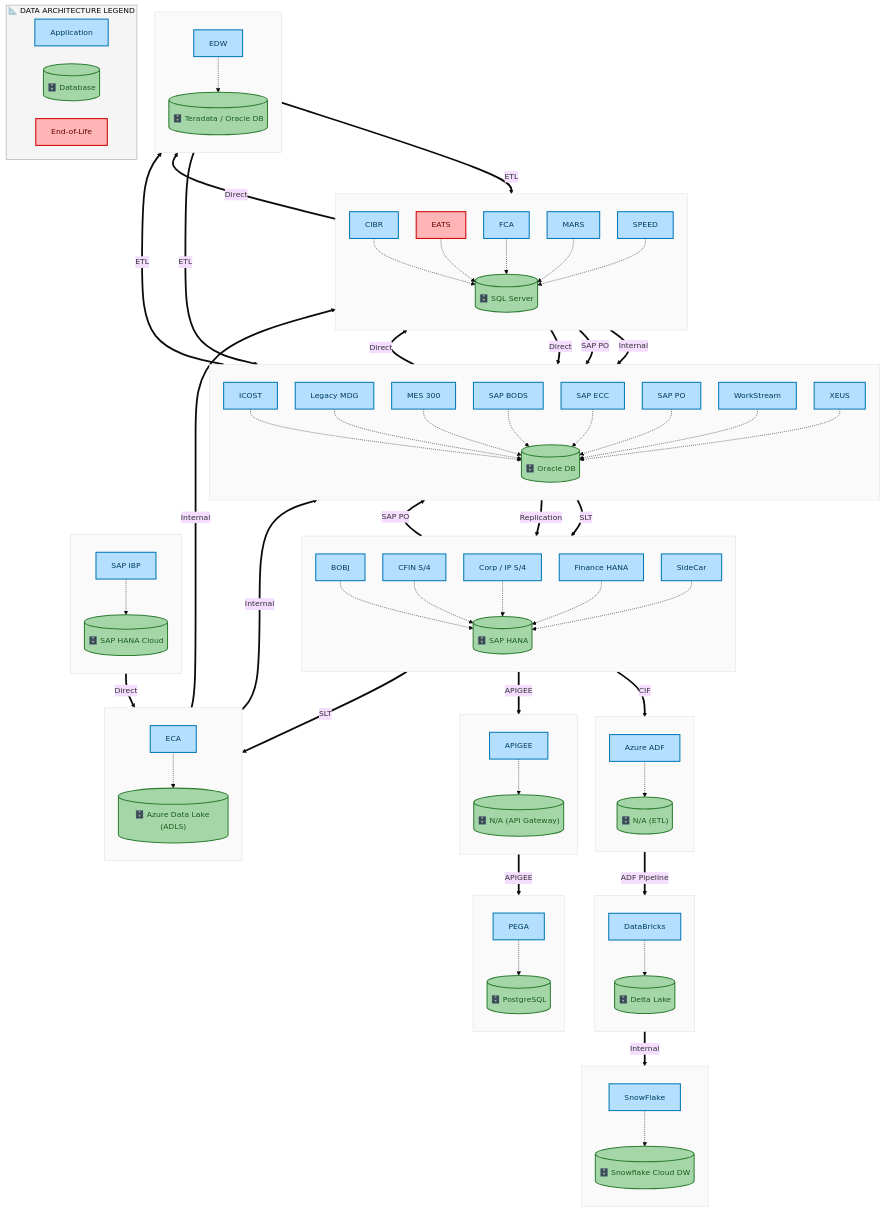
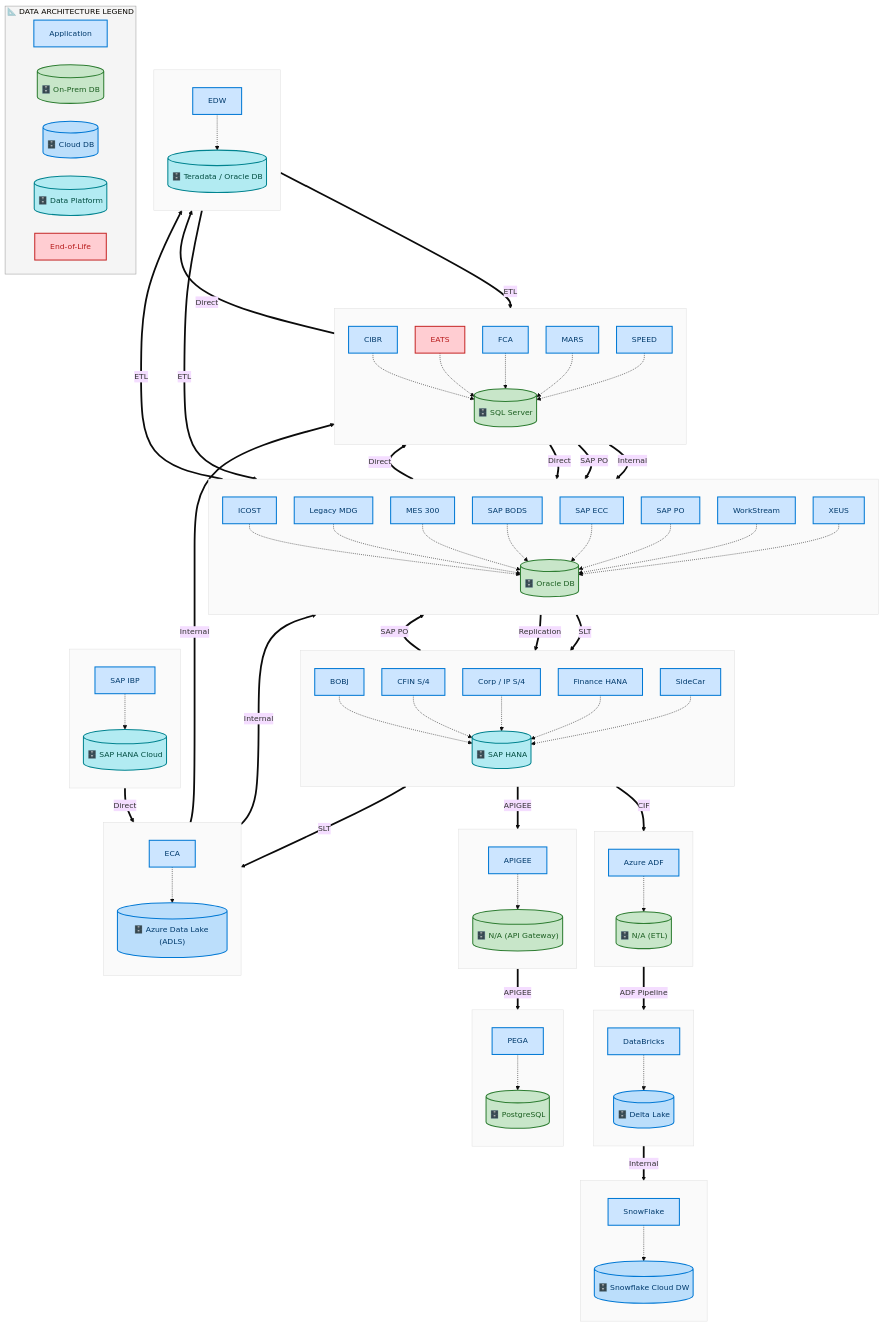
Before and after one commit to sajivfrancis777/IAO-Architecture: diagram 16 of 21 in towers/FPR/DS Provide Decision Support/DS-020/output/docs/systems-architecture/DS-020-Architecture.md, drawn with Mermaid. The commit also changed other lines of this file and 12 other files, not shown here.

````diff
--- a/towers/FPR/DS Provide Decision Support/DS-020/output/docs/systems-architecture/DS-020-Architecture.md
+++ b/towers/FPR/DS Provide Decision Support/DS-020/output/docs/systems-architecture/DS-020-Architecture.md
@@ -1532,14 +1532,16 @@
 ```mermaid
 %%{init: {"theme": "base", "securityLevel": "loose", "themeVariables": {"fontSize": "15px", "fontFamily": "Segoe UI, Arial"}, "flowchart": {"useMaxWidth": false, "htmlLabels": true, "nodeSpacing": 35, "rankSpacing": 45}} }%%
 flowchart TB
-    classDef appBox fill:#B5DFFF,stroke:#0077B6,stroke-width:2px,color:#003D5B
-    classDef dbCyl fill:#A5D6A7,stroke:#2E7D32,stroke-width:2px,color:#1B5E20
-    classDef eolBox fill:#FFB5B5,stroke:#CC0000,stroke-width:2px,color:#660000
+    classDef appBox fill:#CCE5FF,stroke:#0078D4,stroke-width:2px,color:#003A6C
+    classDef dbCyl fill:#C8E6C9,stroke:#2E7D32,stroke-width:2px,color:#1B5E20
+    classDef dbCloud fill:#BBDEFB,stroke:#0078D4,stroke-width:2px,color:#003A6C
+    classDef dbData fill:#B2EBF2,stroke:#00838F,stroke-width:2px,color:#004D40
+    classDef eolBox fill:#FFCDD2,stroke:#C62828,stroke-width:2px,color:#B71C1C
 
     subgraph DS020CDACL_Azure_Data_Lake_ADLS[" "]
         direction TB
         DS020CDAA_ECA["ECA"]:::appBox
-        DS020CDAD_Azure_Data_Lake_ADLS[("🗄️ Azure Data Lake (ADLS)")]:::dbCyl
+        DS020CDAD_Azure_Data_Lake_ADLS[("🗄️ Azure Data Lake (ADLS)")]:::dbCloud
         DS020CDAA_ECA -.-> DS020CDAD_Azure_Data_Lake_ADLS
     end
     style DS020CDACL_Azure_Data_Lake_ADLS fill:#FAFAFA,stroke:#E0E0E0,stroke-width:1px
@@ -1547,7 +1549,7 @@
     subgraph DS020CDACL_Delta_Lake[" "]
         direction TB
         DS020CDAA_DataBricks["DataBricks"]:::appBox
-        DS020CDAD_Delta_Lake[("🗄️ Delta Lake")]:::dbCyl
+        DS020CDAD_Delta_Lake[("🗄️ Delta Lake")]:::dbCloud
         DS020CDAA_DataBricks -.-> DS020CDAD_Delta_Lake
     end
     style DS020CDACL_Delta_Lake fill:#FAFAFA,stroke:#E0E0E0,stroke-width:1px
@@ -1605,7 +1607,7 @@
         DS020CDAA_Corp_IP_S_4["Corp / IP S/4"]:::appBox
         DS020CDAA_Finance_HANA["Finance HANA"]:::appBox
         DS020CDAA_SideCar["SideCar"]:::appBox
-        DS020CDAD_SAP_HANA[("🗄️ SAP HANA")]:::dbCyl
+        DS020CDAD_SAP_HANA[("🗄️ SAP HANA")]:::dbData
         DS020CDAA_BOBJ -.-> DS020CDAD_SAP_HANA
         DS020CDAA_CFIN_S_4 -.-> DS020CDAD_SAP_HANA
         DS020CDAA_Corp_IP_S_4 -.-> DS020CDAD_SAP_HANA
@@ -1617,7 +1619,7 @@
     subgraph DS020CDACL_SAP_HANA_Cloud[" "]
         direction TB
         DS020CDAA_SAP_IBP["SAP IBP"]:::appBox
-        DS020CDAD_SAP_HANA_Cloud[("🗄️ SAP HANA Cloud")]:::dbCyl
+        DS020CDAD_SAP_HANA_Cloud[("🗄️ SAP HANA Cloud")]:::dbData
         DS020CDAA_SAP_IBP -.-> DS020CDAD_SAP_HANA_Cloud
     end
     style DS020CDACL_SAP_HANA_Cloud fill:#FAFAFA,stroke:#E0E0E0,stroke-width:1px
@@ -1641,7 +1643,7 @@
     subgraph DS020CDACL_Snowflake_Cloud_DW[" "]
         direction TB
         DS020CDAA_SnowFlake["SnowFlake"]:::appBox
-        DS020CDAD_Snowflake_Cloud_DW[("🗄️ Snowflake Cloud DW")]:::dbCyl
+        DS020CDAD_Snowflake_Cloud_DW[("🗄️ Snowflake Cloud DW")]:::dbCloud
         DS020CDAA_SnowFlake -.-> DS020CDAD_Snowflake_Cloud_DW
     end
     style DS020CDACL_Snowflake_Cloud_DW fill:#FAFAFA,stroke:#E0E0E0,stroke-width:1px
@@ -1649,7 +1651,7 @@
     subgraph DS020CDACL_Teradata_Oracle_DB[" "]
         direction TB
         DS020CDAA_EDW["EDW"]:::appBox
-        DS020CDAD_Teradata_Oracle_DB[("🗄️ Teradata / Oracle DB")]:::dbCyl
+        DS020CDAD_Teradata_Oracle_DB[("🗄️ Teradata / Oracle DB")]:::dbData
         DS020CDAA_EDW -.-> DS020CDAD_Teradata_Oracle_DB
     end
     style DS020CDACL_Teradata_Oracle_DB fill:#FAFAFA,stroke:#E0E0E0,stroke-width:1px
@@ -1678,7 +1680,9 @@
     subgraph Legend["📐 DATA ARCHITECTURE LEGEND"]
         direction LR
         L_A["Application"]:::appBox
-        L_D[("🗄️ Database")]:::dbCyl
+        L_D[("🗄️ On-Prem DB")]:::dbCyl
+        L_DC[("🗄️ Cloud DB")]:::dbCloud
+        L_DD[("🗄️ Data Platform")]:::dbData
         L_E["End-of-Life"]:::eolBox
     end
     style Legend fill:#F5F5F5,stroke:#999,stroke-width:1px
````
